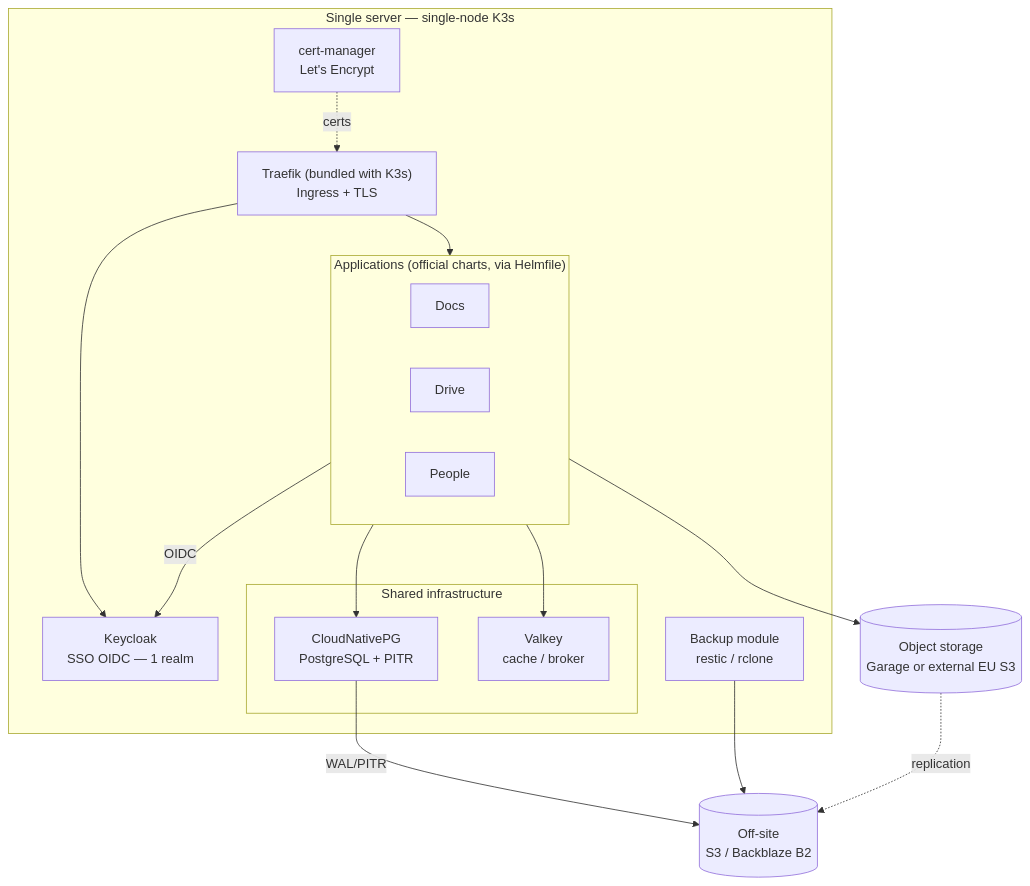
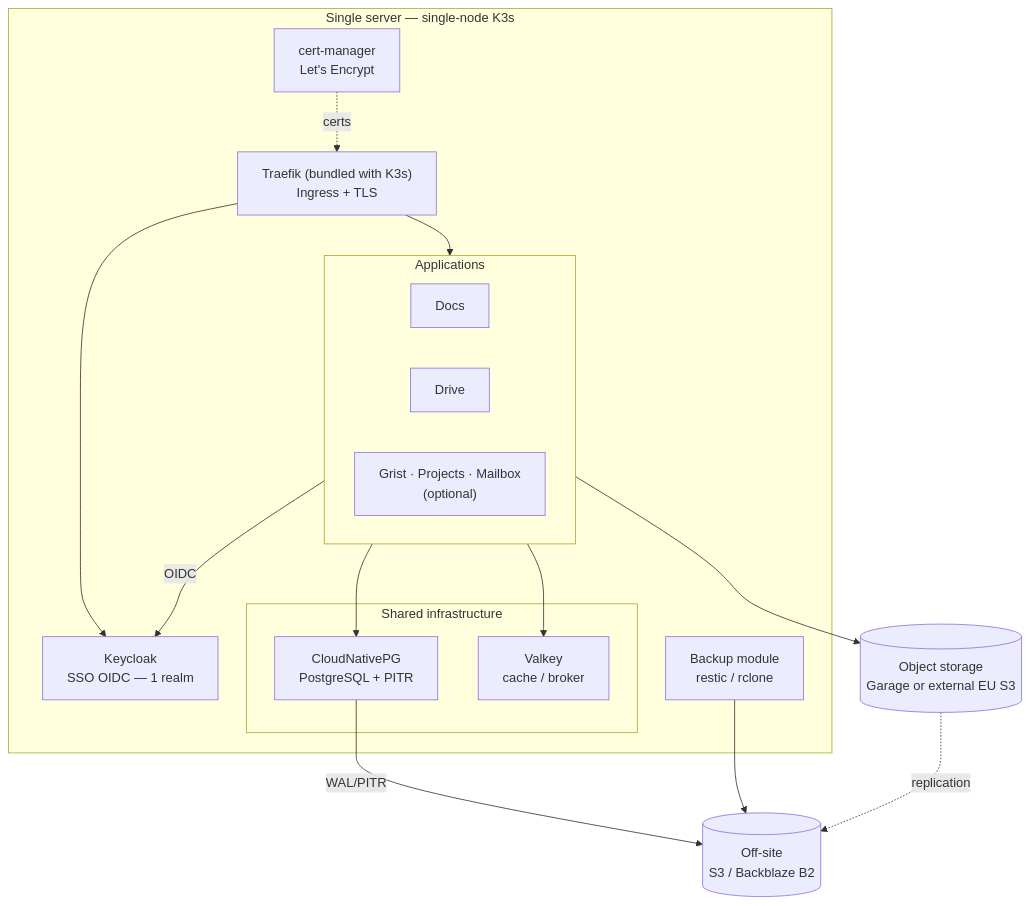
Before and after one commit to corentingiraud/ownsuite: the diagram in docs/understand/overview.md, drawn with Mermaid. The commit also changed other lines of this file and 17 other files, not shown here.

````diff
--- a/docs/understand/overview.md
+++ b/docs/understand/overview.md
@@ -6,31 +11,31 @@
 ```mermaid
 flowchart TB
     subgraph server["Single server — single-node K3s"]
         T["Traefik (bundled with K3s)\nIngress + TLS"]
         CM["cert-manager\nLet's Encrypt"]
-        subgraph APPS["Applications (official charts, via Helmfile)"]
+        subgraph APPS["Applications"]
             D["Docs"]
             DR["Drive"]
-            P["People"]
+            OPT["Grist · Projects · Mailbox\n(optional)"]
         end
         KC["Keycloak\nSSO OIDC — 1 realm"]
         subgraph INFRA["Shared infrastructure"]
             PG["CloudNativePG\nPostgreSQL + PITR"]
             VK["Valkey\ncache / broker"]
         end
         BK["Backup module\nrestic / rclone"]
     end
     S3[("Object storage\nGarage  or  external EU S3")]
     OFF[("Off-site\nS3 / Backblaze B2")]
 
     T --> APPS
     T --> KC
     CM -. certs .-> T
     APPS -- OIDC --> KC
     APPS --> PG
     APPS --> VK
     APPS --> S3
     PG -- WAL/PITR --> OFF
     S3 -. replication .-> OFF
     BK --> OFF
 ```
````
